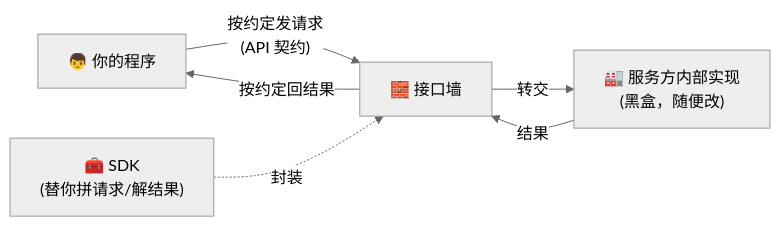
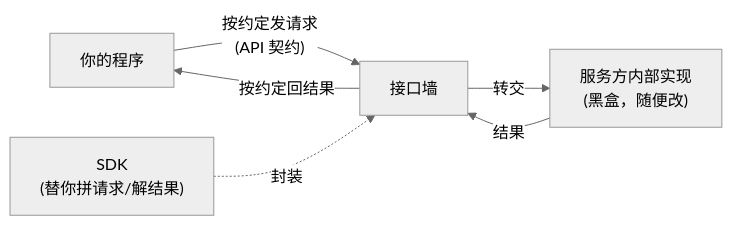
The diagram in docs/02_CONCEPTS_概念入门/CONCEPT/[CONCEPT-29] 什么是API与SDK.md (luckykhy/KhyAiHub), drawn with Mermaid (neutral theme) before and after one commit. The commit also changed other lines of this file and 19 other files, not shown here.

````diff
--- a/docs/02_CONCEPTS_概念入门/CONCEPT/[CONCEPT-29] 什么是API与SDK.md
+++ b/docs/02_CONCEPTS_概念入门/CONCEPT/[CONCEPT-29] 什么是API与SDK.md
@@ -67,8 +67,8 @@
 ```mermaid
 flowchart LR
-  YOU["👦 你的程序"] -->|"按约定发请求<br/>(API 契约)"| WALL["🧱 接口墙"]
-  WALL -->|"转交"| IMPL["🏭 服务方内部实现<br/>(黑盒，随便改)"]
+  YOU["你的程序"] -->|"按约定发请求<br/>(API 契约)"| WALL["接口墙"]
+  WALL -->|"转交"| IMPL["服务方内部实现<br/>(黑盒，随便改)"]
   IMPL -->|"结果"| WALL
   WALL -->|"按约定回结果"| YOU
-  SDK["🧰 SDK<br/>(替你拼请求/解结果)"] -.封装.-> WALL
+  SDK["SDK<br/>(替你拼请求/解结果)"] -.封装.-> WALL
 ```
````
